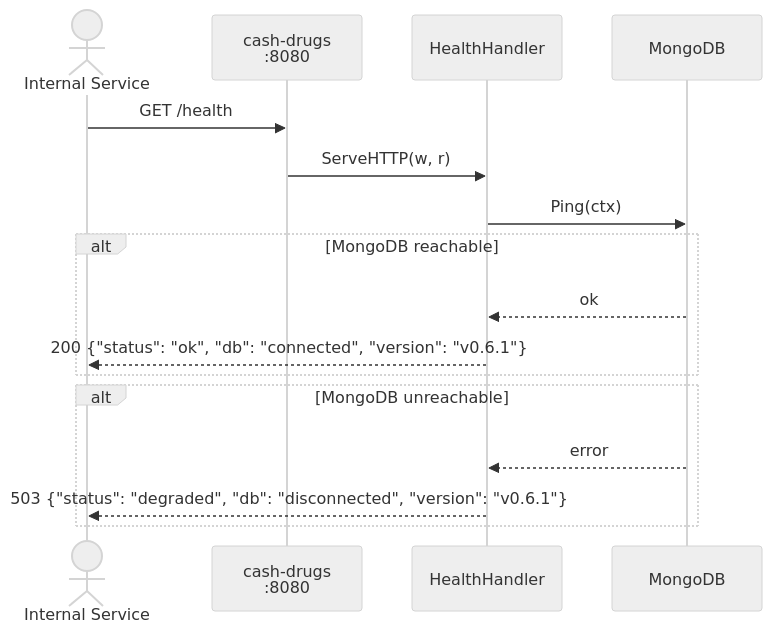
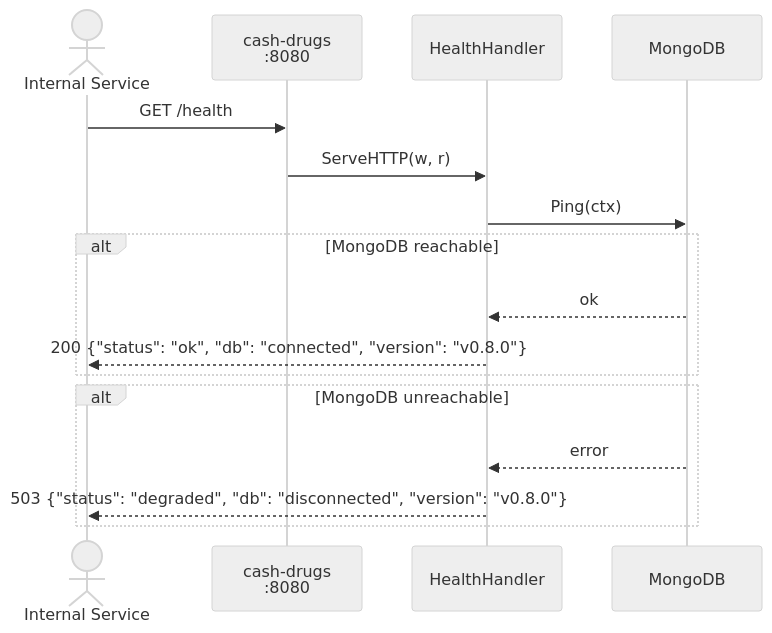
One commit to finish06/cash-drugs changed the tenth of 15 diagrams in docs/sequence-diagram.md. Above: the diagram before and after it, drawn with Mermaid (neutral theme). The commit also changed other lines of this file and 6 other files, not shown here.

First line of the commit message:
docs: update all docs for M10 — diagrams, swagger, changelog, PRD

````diff
--- a/docs/sequence-diagram.md
+++ b/docs/sequence-diagram.md
@@ -360,21 +412,21 @@
 ```mermaid
 sequenceDiagram
     actor Client as Internal Service
     participant GW as cash-drugs<br/>:8080
     participant HC as HealthHandler
     participant DB as MongoDB
 
     Client->>GW: GET /health
     GW->>HC: ServeHTTP(w, r)
     HC->>DB: Ping(ctx)
 
     alt MongoDB reachable
         DB-->>HC: ok
-        HC-->>Client: 200 {"status": "ok", "db": "connected", "version": "v0.6.1"}
+        HC-->>Client: 200 {"status": "ok", "db": "connected", "version": "v0.8.0"}
     end
 
     alt MongoDB unreachable
         DB-->>HC: error
-        HC-->>Client: 503 {"status": "degraded", "db": "disconnected", "version": "v0.6.1"}
+        HC-->>Client: 503 {"status": "degraded", "db": "disconnected", "version": "v0.8.0"}
     end
 ```
````
